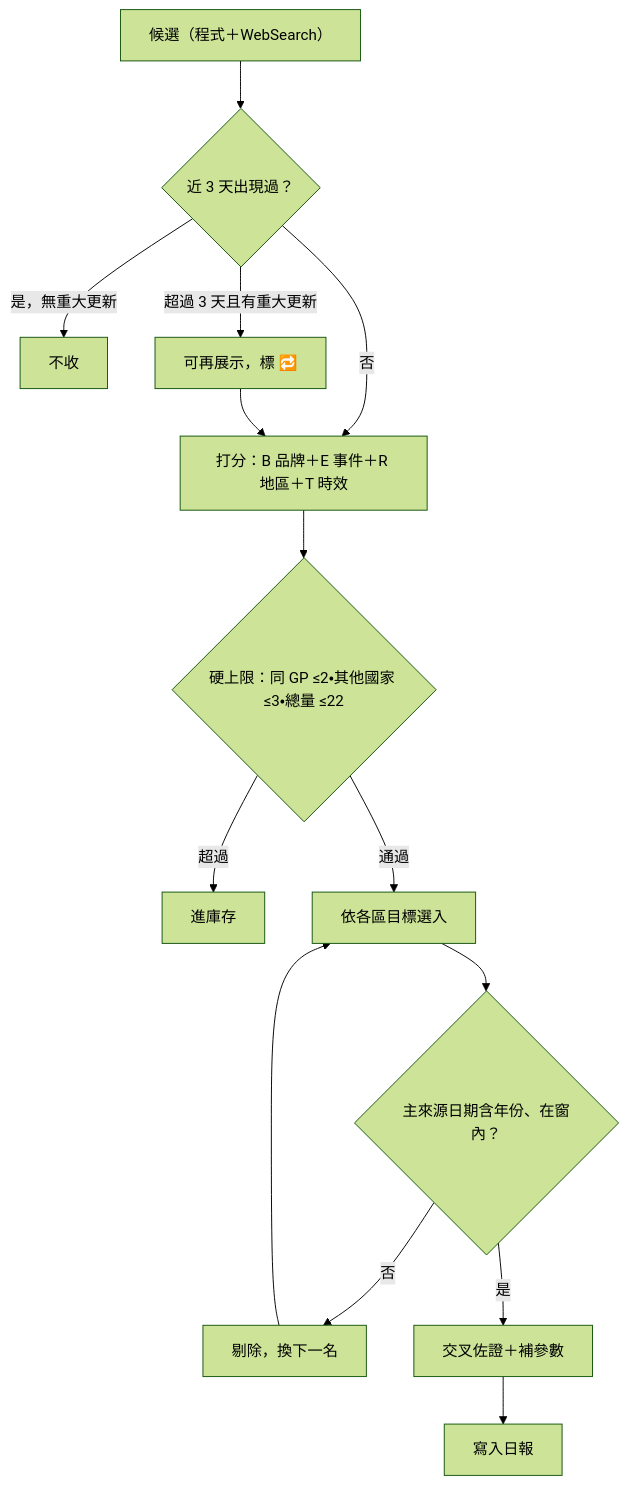
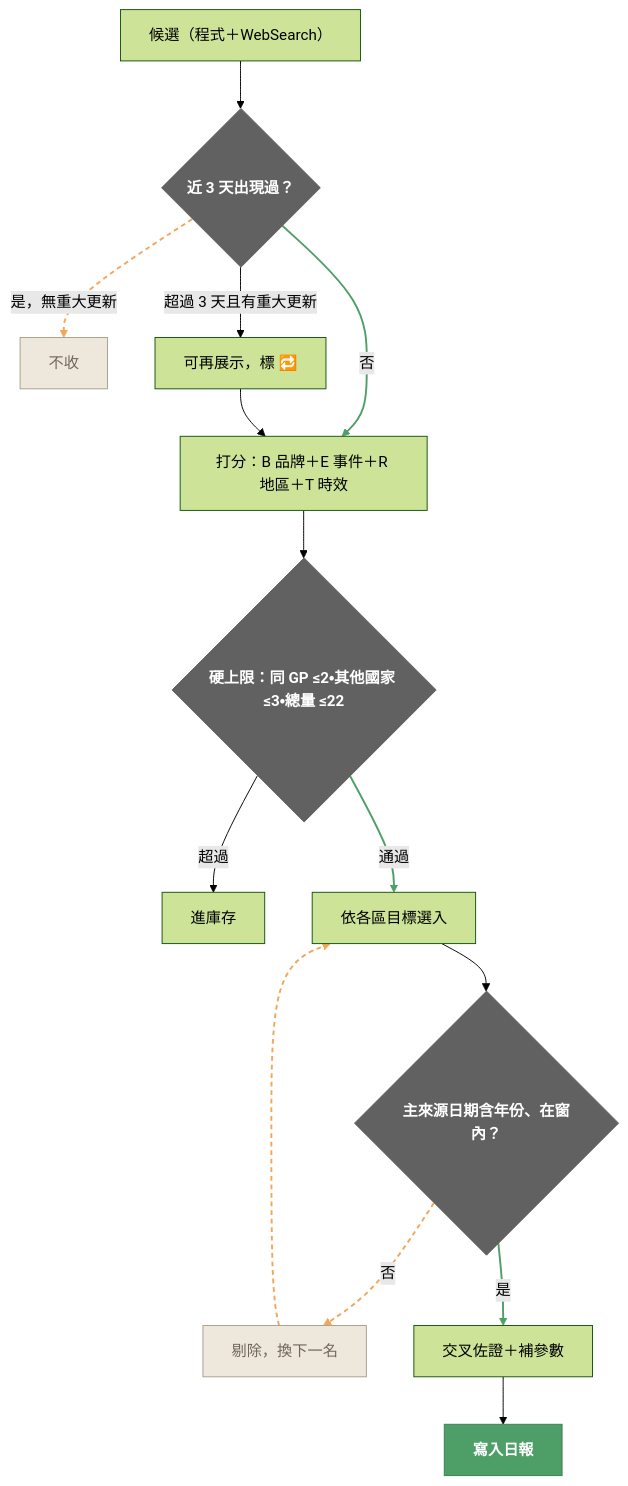
One commit to igaming-pulse/igaming-daily changed the third of 5 diagrams in OutputLogic.md. Above: the diagram before and after it, drawn with Mermaid (forest theme). The commit also changed other lines of this file and 1 other file, not shown here.

Commit message:
style: OutputLogic 流程圖方案 C 修訂版

````diff
--- a/OutputLogic.md
+++ b/OutputLogic.md
@@ -92,16 +108,24 @@
 ```mermaid
 flowchart TD
   C["候選（程式＋WebSearch）"] --> D{"近 3 天出現過？"}
   D -- "是，無重大更新" --> OUT1["不收"]
   D -- "超過 3 天且有重大更新" --> RE["可再展示，標 🔁"]
   D -- 否 --> SC["打分：B 品牌＋E 事件＋R 地區＋T 時效"]
   RE --> SC
   SC --> CAP{"硬上限：同 GP ≤2・其他國家 ≤3・總量 ≤22"}
   CAP -- 超過 --> STOCK["進庫存"]
   CAP -- 通過 --> PICK["依各區目標選入"]
   PICK --> V{"主來源日期含年份、在窗內？"}
   V -- 否 --> SWAP["剔除，換下一名"]
   SWAP --> PICK
   V -- 是 --> X["交叉佐證＋補參數"]
   X --> W["寫入日報"]
+  classDef gate fill:#616161,stroke:#616161,color:#FFFFFF,font-weight:700
+  classDef out fill:#4E9E68,stroke:#3C7F52,color:#FFFFFF,font-weight:700
+  classDef muted fill:#EEE8DC,stroke:#A99F8E,color:#6F675A
+  class CAP,D,V gate
+  class W out
+  class OUT1,SWAP muted
+  linkStyle 3,7,11 stroke:#4E9E68,stroke-width:2px
+  linkStyle 1,9,10 stroke:#F2A65A,stroke-width:2px,stroke-dasharray:5 4
 ```
````
